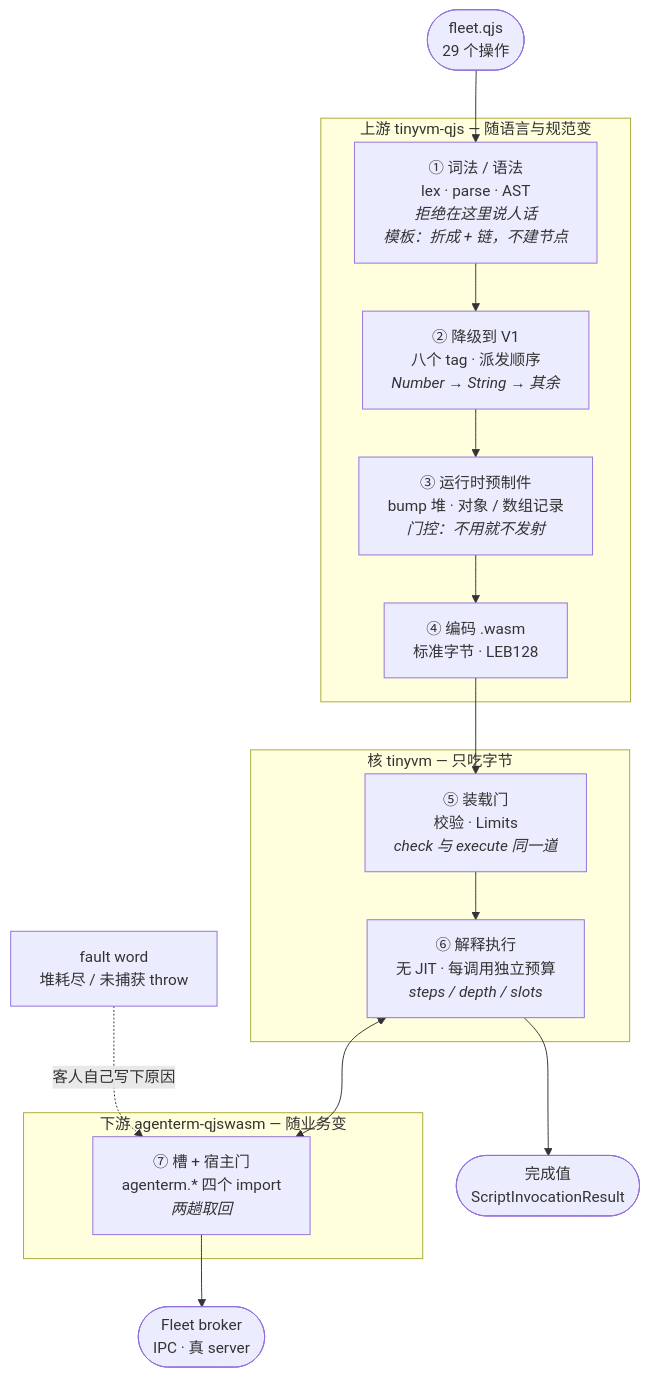
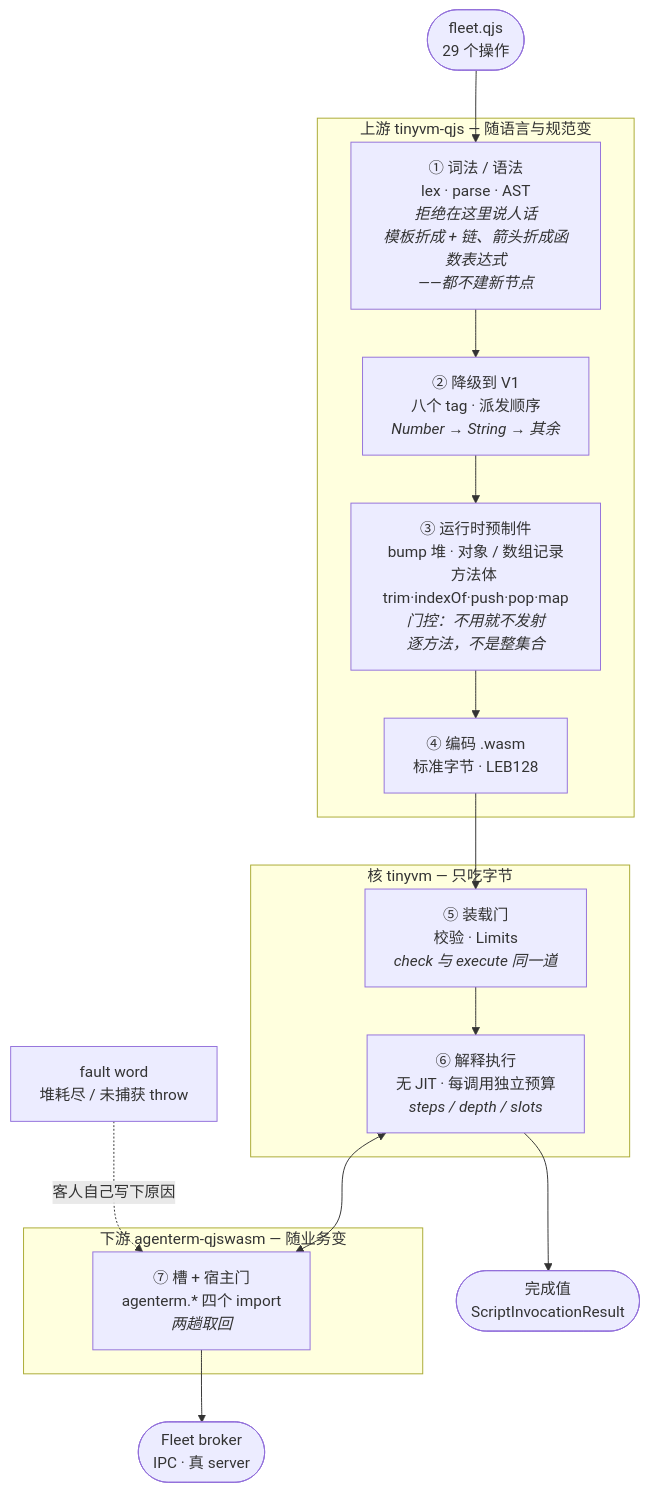
One commit to partnernetsoftware/agenterm changed the diagram in prd/PRD_02_36_agenterm_qjswasm.md. Above: the diagram before and after it, drawn with Mermaid. The commit also changed other lines of this file, not shown here.

````diff
--- a/prd/PRD_02_36_agenterm_qjswasm.md
+++ b/prd/PRD_02_36_agenterm_qjswasm.md
@@ -958,27 +958,27 @@
 ```mermaid
 flowchart TD
   subgraph UP["上游 tinyvm-qjs — 随语言与规范变"]
-    R1["① 词法 / 语法<br/>lex · parse · AST<br/><i>拒绝在这里说人话</i><br/><i>模板：折成 + 链，不建节点</i>"]
+    R1["① 词法 / 语法<br/>lex · parse · AST<br/><i>拒绝在这里说人话</i><br/><i>模板折成 + 链、箭头折成函数表达式</i><br/><i>——都不建新节点</i>"]
     R2["② 降级到 V1<br/>八个 tag · 派发顺序<br/><i>Number → String → 其余</i>"]
-    R3["③ 运行时预制件<br/>bump 堆 · 对象 / 数组记录<br/><i>门控：不用就不发射</i>"]
+    R3["③ 运行时预制件<br/>bump 堆 · 对象 / 数组记录<br/>方法体 trim·indexOf·push·pop·map<br/><i>门控：不用就不发射</i><br/><i>逐方法，不是整集合</i>"]
     R4["④ 编码 .wasm<br/>标准字节 · LEB128"]
     R1 --> R2 --> R3 --> R4
   end
 
   subgraph CORE["核 tinyvm — 只吃字节"]
     R5["⑤ 装载门<br/>校验 · Limits<br/><i>check 与 execute 同一道</i>"]
     R6["⑥ 解释执行<br/>无 JIT · 每调用独立预算<br/><i>steps / depth / slots</i>"]
     R5 --> R6
   end
 
   subgraph DOWN["下游 agenterm-qjswasm — 随业务变"]
     R7["⑦ 槽 + 宿主门<br/>agenterm.* 四个 import<br/><i>两趟取回</i>"]
   end
 
   SRC(["fleet.qjs<br/>29 个操作"]) --> R1
   R4 --> R5
   R6 <--> R7
   R7 --> BRK(["Fleet broker<br/>IPC · 真 server"])
   R6 --> OUT(["完成值<br/>ScriptInvocationResult"])
   FW["fault word<br/>堆耗尽 / 未捕获 throw"] -.->|"客人自己写下原因"| R7
 ```
````
